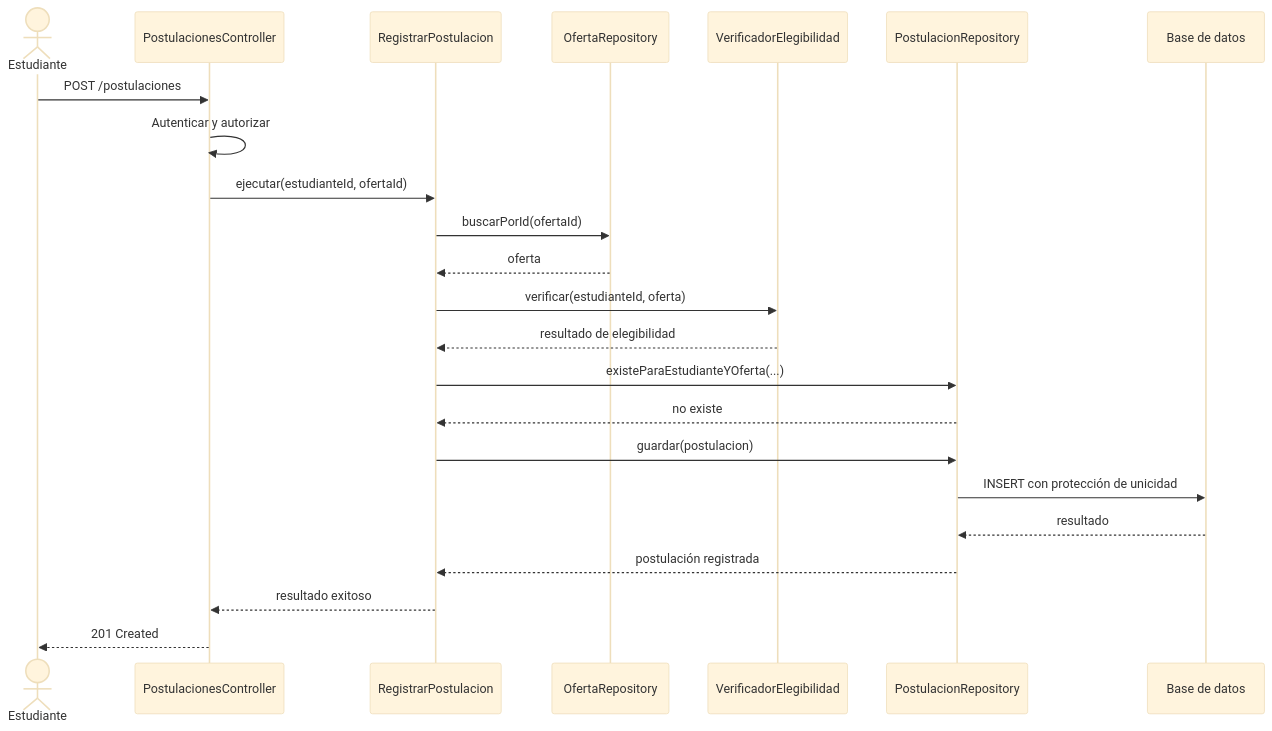
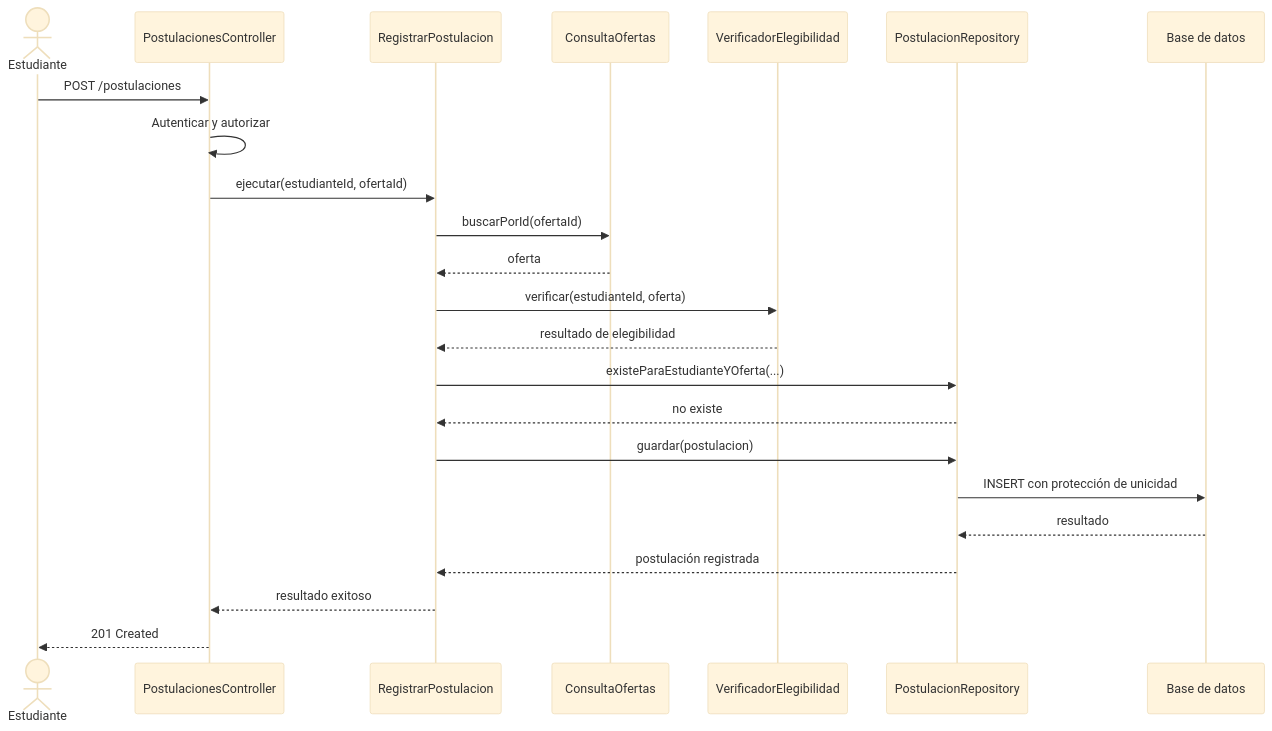
The first of 2 diagrams in docs/03-diseno-de-software/diseno-interno/01-diseno-interno.md (Jhoncode987/Sistema-de-Gestion-y-Publicacion-Practicas-Preprofesionales), drawn with Mermaid (base theme) before and after one commit. The commit also changed other lines of this file and 13 other files, not shown here.

Commit message:
docs: conservar arquitectura y diagramas originales y detallar los siete módulos

```diff
--- a/docs/03-diseno-de-software/diseno-interno/01-diseno-interno.md
+++ b/docs/03-diseno-de-software/diseno-interno/01-diseno-interno.md
@@ -90,26 +90,26 @@
 ~~~mermaid
 sequenceDiagram
     actor Estudiante
     participant API as PostulacionesController
     participant UC as RegistrarPostulacion
-    participant OR as OfertaRepository
+    participant OR as ConsultaOfertas
     participant VE as VerificadorElegibilidad
     participant PR as PostulacionRepository
     participant DB as Base de datos
 
     Estudiante->>API: POST /postulaciones
     API->>API: Autenticar y autorizar
     API->>UC: ejecutar(estudianteId, ofertaId)
     UC->>OR: buscarPorId(ofertaId)
     OR-->>UC: oferta
     UC->>VE: verificar(estudianteId, oferta)
     VE-->>UC: resultado de elegibilidad
     UC->>PR: existeParaEstudianteYOferta(...)
     PR-->>UC: no existe
     UC->>PR: guardar(postulacion)
     PR->>DB: INSERT con protección de unicidad
     DB-->>PR: resultado
     PR-->>UC: postulación registrada
     UC-->>API: resultado exitoso
     API-->>Estudiante: 201 Created
 ~~~
```
